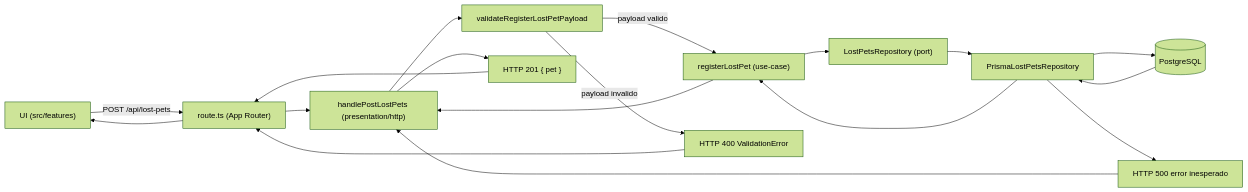
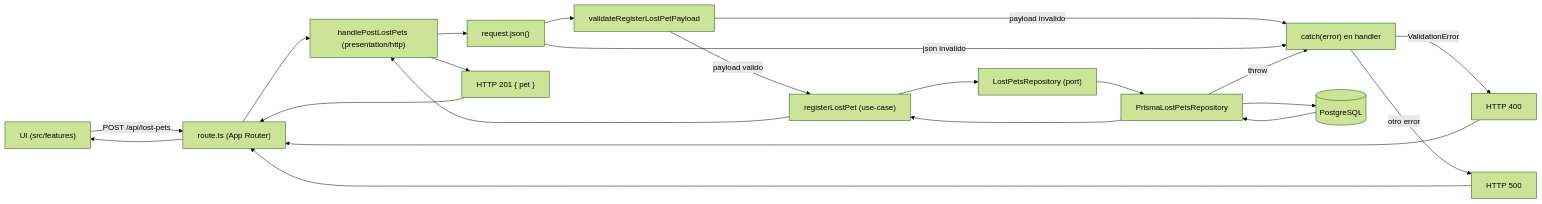
One commit to annypag/animalesFantasticos changed the diagram in README.md. Above: the diagram before and after it, drawn with Mermaid (forest theme).

````diff
--- a/README.md
+++ b/README.md
@@ -275,20 +275,24 @@
 ```mermaid
 graph LR
   UI["UI (src/features)"] -->|"POST /api/lost-pets"| R["route.ts (App Router)"]
   R --> H["handlePostLostPets (presentation/http)"]
-  H --> V["validateRegisterLostPetPayload"]
+  H --> J["request.json()"]
+  J --> V["validateRegisterLostPetPayload"]
   V -->|"payload valido"| U["registerLostPet (use-case)"]
-  V -->|"payload invalido"| E400["HTTP 400 ValidationError"]
+  V -->|"payload invalido"| C["catch(error) en handler"]
   U --> PORT["LostPetsRepository (port)"]
   PORT --> REPO["PrismaLostPetsRepository"]
   REPO --> DB[("PostgreSQL")]
   DB --> REPO
   REPO --> U
   U --> H
   H --> OK["HTTP 201 { pet }"]
-  REPO --> E500["HTTP 500 error inesperado"]
+  J -->|"json invalido"| C
+  REPO -->|"throw"| C
+  C -->|"ValidationError"| E400["HTTP 400"]
+  C -->|"otro error"| E500["HTTP 500"]
   E400 --> R
   OK --> R
-  E500 --> H
+  E500 --> R
   R --> UI
 ```
````
